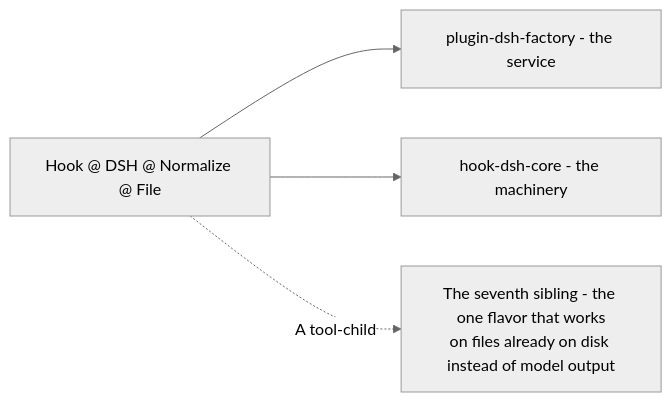
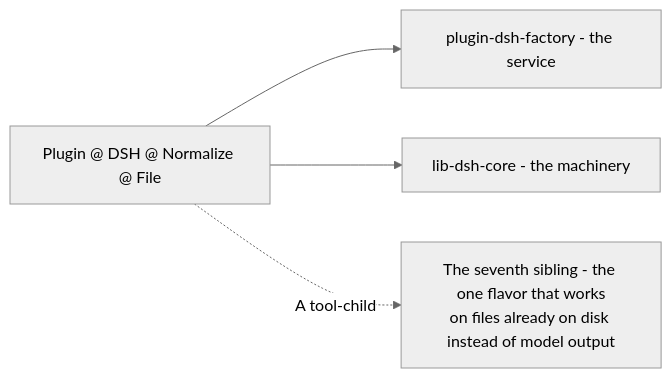
One commit to PlayForm/Site-DeepSeek changed the diagram in Source/Content/Mermaid/file-family-position.mmd. Above: the diagram before and after it, drawn with Mermaid (neutral theme). The commit also changed 161 other files, not shown here.

```diff
--- a/Source/Content/Mermaid/file-family-position.mmd
+++ b/Source/Content/Mermaid/file-family-position.mmd
@@ -1,5 +1,5 @@
 flowchart LR
-	FILE["Hook @ DSH @ Normalize @ File"] --> FACTORY["plugin-dsh-factory - the service"]
-	FILE --> CORE["hook-dsh-core - the machinery"]
+	FILE["Plugin @ DSH @ Normalize @ File"] --> FACTORY["plugin-dsh-factory - the service"]
+	FILE --> CORE["lib-dsh-core - the machinery"]
 	NOTE["The seventh sibling - the one flavor that works<br/>on files already on disk instead of model output"]
 	FILE -. "A tool-child" .-> NOTE
```
